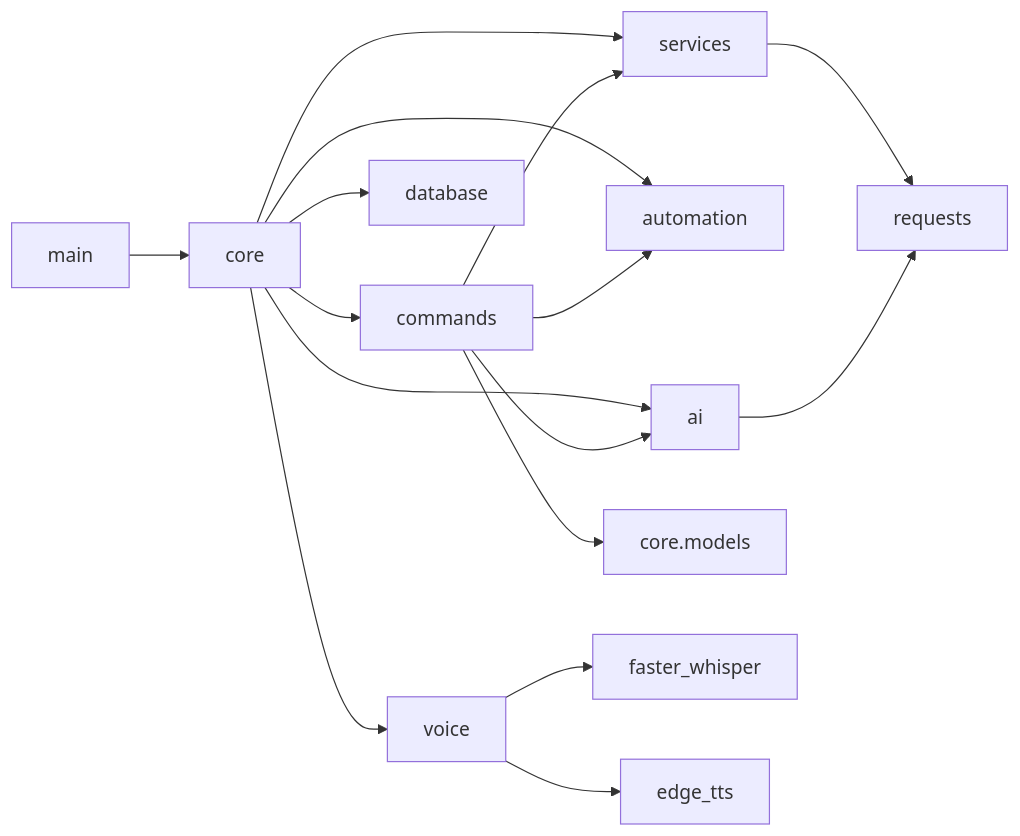
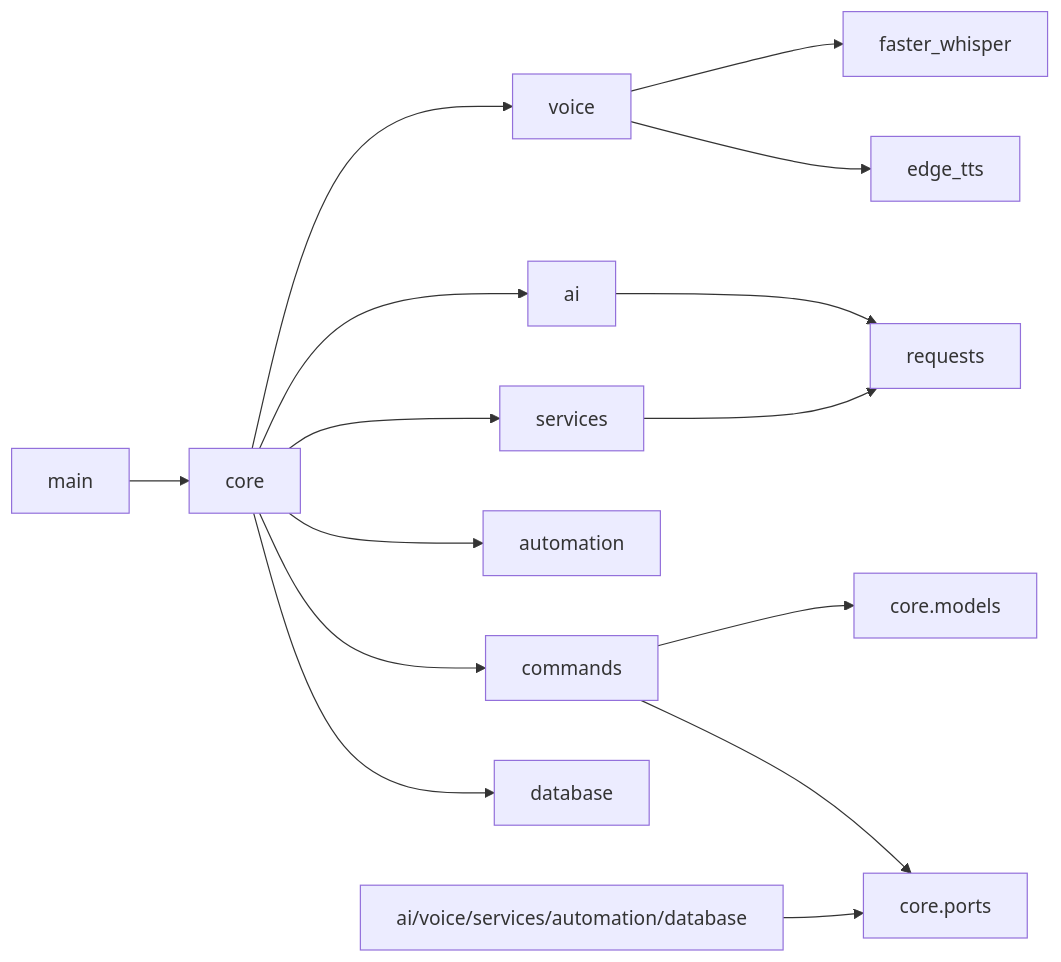
Before and after one commit to leonidas-alt/ZYRON: the second of 2 diagrams in README.md, drawn with Mermaid. The commit also changed other lines of this file and 18 other files, not shown here.

Commit message:
Refactor assistant architecture with async command ports

````diff
--- a/README.md
+++ b/README.md
@@ -125,18 +137,17 @@
 ```mermaid
 graph LR
     main --> core
     core --> ai
     core --> voice
     core --> commands
     core --> automation
     core --> services
     core --> database
+    adapters[ai/voice/services/automation/database] --> core_ports[core.ports]
     commands --> core_models[core.models]
-    commands --> ai
-    commands --> automation
-    commands --> services
+    commands --> core_ports[core.ports]
     voice --> faster_whisper
     voice --> edge_tts
     services --> requests
     ai --> requests
 ```
````
